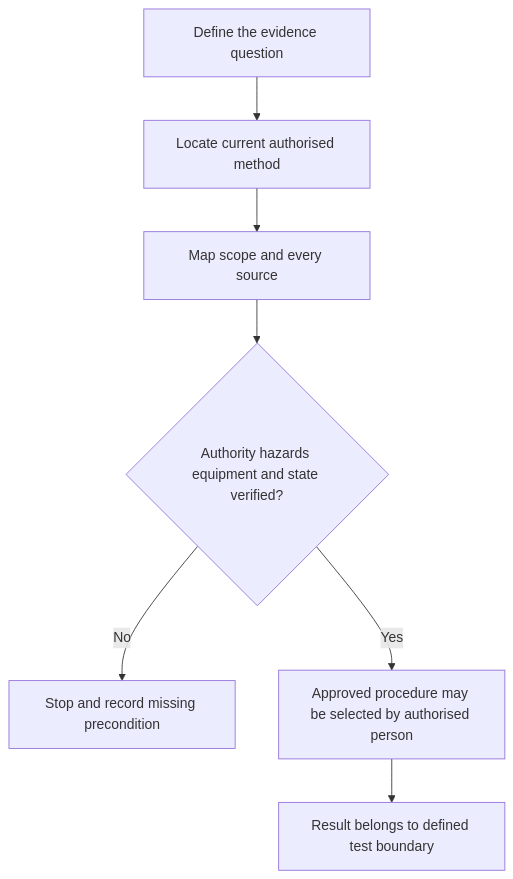
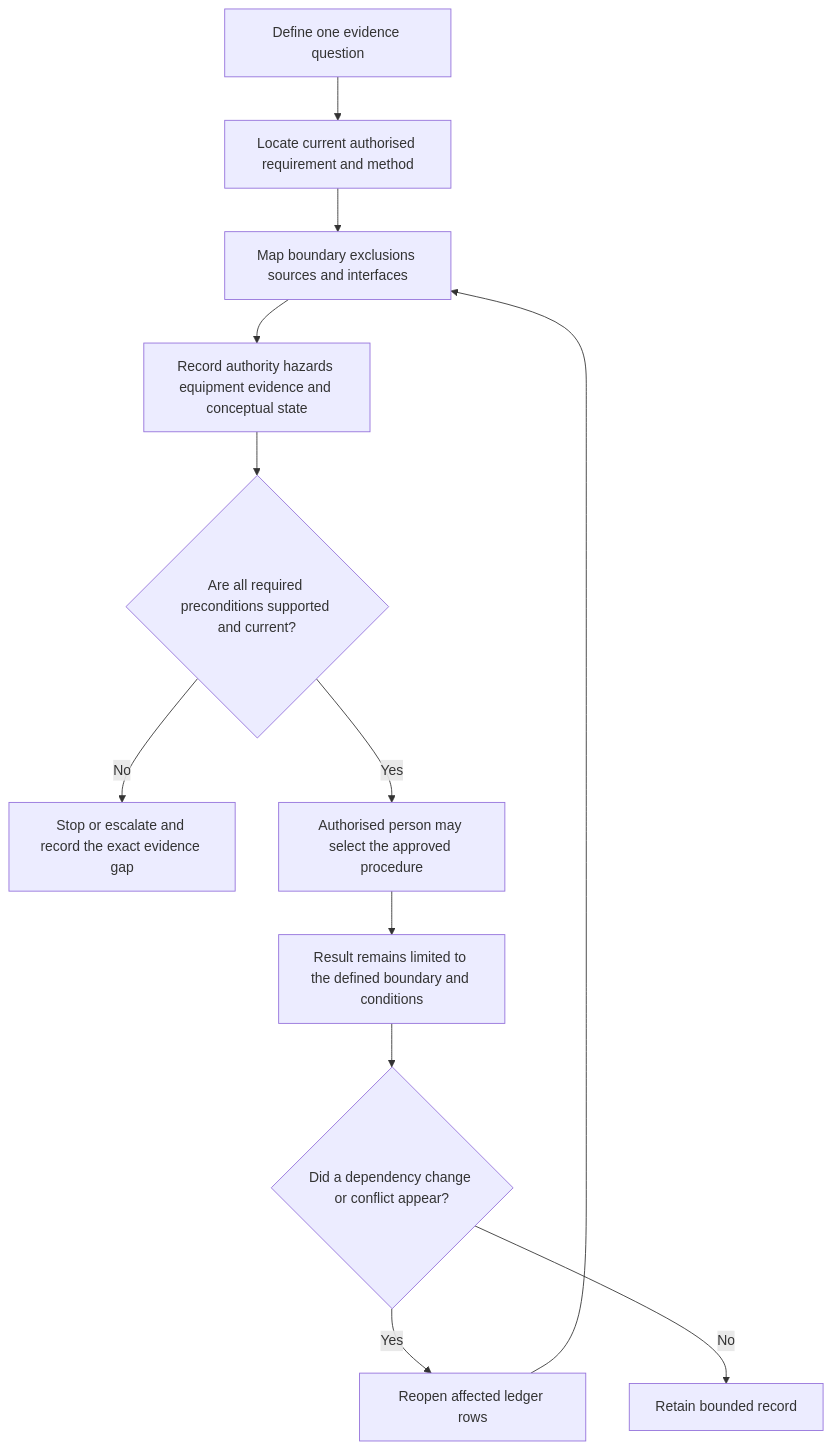
The diagram in docs/learning-plans/6-week/modules/day-37-mandatory-test-purposes-and-safe-test-preconditions.md (andrew3stedall/capstone), drawn with Mermaid before and after one commit. The commit also changed other lines of this file and 4 other files, not shown here.

Commit message:
Improve Day 37 test precondition module

````diff
--- a/docs/learning-plans/6-week/modules/day-37-mandatory-test-purposes-and-safe-test-preconditions.md
+++ b/docs/learning-plans/6-week/modules/day-37-mandatory-test-purposes-and-safe-test-preconditions.md
@@ -52,9 +114,14 @@
 ```mermaid
 flowchart TD
-    A[Define the evidence question] --> B[Locate current authorised method]
-    B --> C[Map scope and every source]
-    C --> D{Authority hazards equipment and state verified?}
-    D -->|No| E[Stop and record missing precondition]
-    D -->|Yes| F[Approved procedure may be selected by authorised person]
-    F --> G[Result belongs to defined test boundary]
+    A[Define one evidence question] --> B[Locate current authorised requirement and method]
+    B --> C[Map boundary exclusions sources and interfaces]
+    C --> D[Record authority hazards equipment evidence and conceptual state]
+    D --> E{Are all required preconditions supported and current?}
+    E -->|No| F[Stop or escalate and record the exact evidence gap]
+    E -->|Yes| G[Authorised person may select the approved procedure]
+    G --> H[Result remains limited to the defined boundary and conditions]
+    H --> I{Did a dependency change or conflict appear?}
+    I -->|Yes| J[Reopen affected ledger rows]
+    I -->|No| K[Retain bounded record]
+    J --> C
 ```
````
